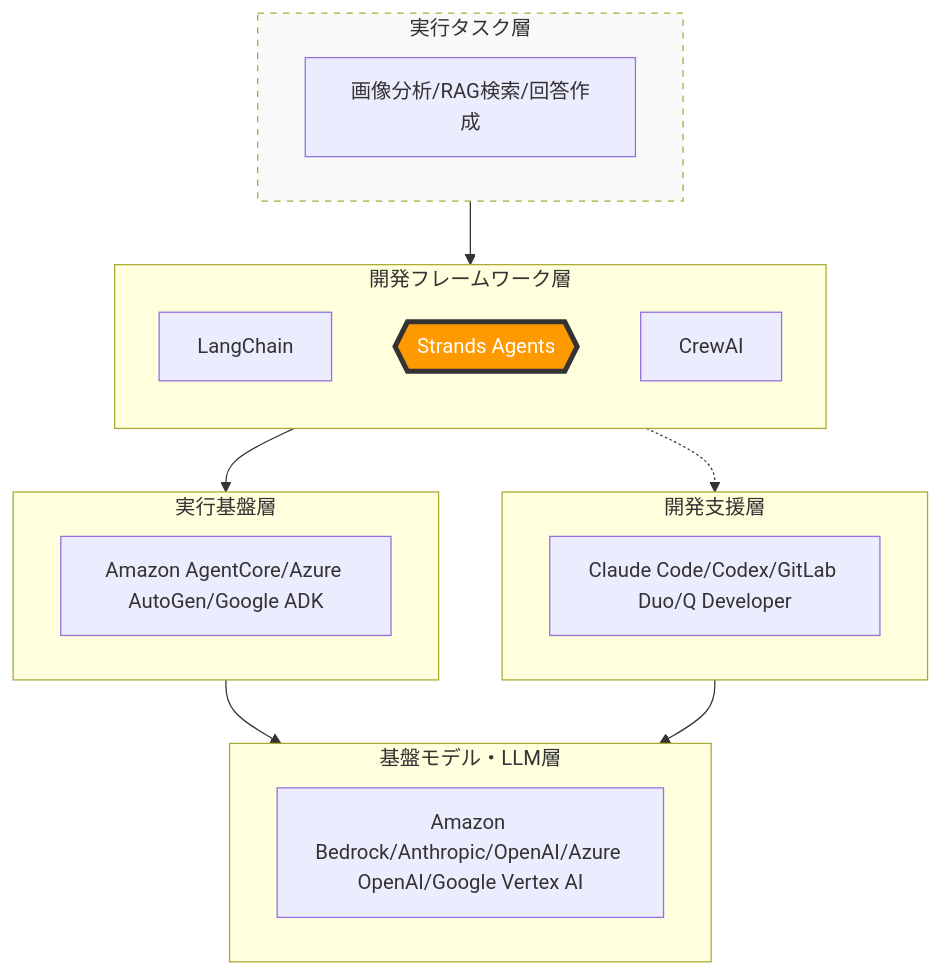
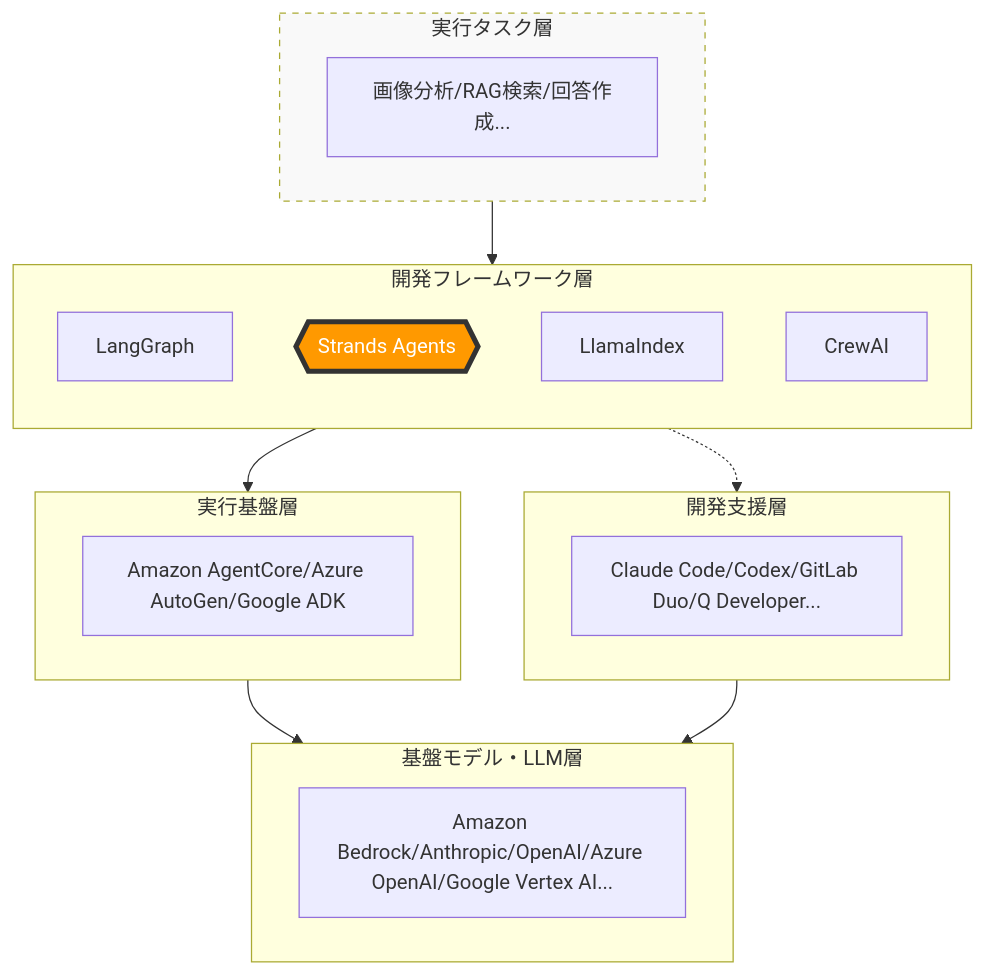
Before and after one commit to awk256/strandsagents: the first of 4 diagrams in 10.基本構成/10-00-000.Strandsエージェントとは.md, drawn with Mermaid. The commit also changed other lines of this file and 2 other files, not shown here.

````diff
--- a/10.基本構成/10-00-000.Strandsエージェントとは.md
+++ b/10.基本構成/10-00-000.Strandsエージェントとは.md
@@ -52,41 +52,42 @@
 ```mermaid
 graph TD
     %% 最上位：タスクとユーザー
     subgraph Execution_Layer [実行タスク層]
-        Task1[画像分析/RAG検索/回答作成]
+        Task1[画像分析/RAG検索/回答作成...]
     end
 
     %% 第二層：フレームワーク（オーケストレーション）
     subgraph Framework_Layer [開発フレームワーク層]
         direction TB
-        LangChain[LangChain]
+        LangGraph[LangGraph]
         Strands{{Strands Agents}}
+        LlamaIndex[LlamaIndex]
         CrewAI[CrewAI]
     end
 
     %% 第三層：開発支援・IDE・AIコーディング
     subgraph Dev_Tools [開発支援層]
-        devTools[Claude Code/Codex/GitLab Duo/Q Developer]
+        devTools[Claude Code/Codex/GitLab Duo/Q Developer...]
     end
 
     %% 第四層：プラットフォーム・SDK
     subgraph Platform_Layer [実行基盤層]
         platformLayer[Amazon AgentCore/Azure AutoGen/Google ADK]
     end
 
     %% 第五層：基盤モデルプロバイダー（脳）
     subgraph Model_Layer [基盤モデル・LLM層]
-		modelLayer[Amazon Bedrock/Anthropic/OpenAI/Azure OpenAI/Google Vertex AI]
+		modelLayer[Amazon Bedrock/Anthropic/OpenAI/Azure OpenAI/Google Vertex AI...]
     end
 
     %% 関連付け
     Execution_Layer --> Strands
     Strands -.-> Dev_Tools
     Strands --> Platform_Layer
     Platform_Layer --> Model_Layer
     Dev_Tools --> Model_Layer
 
     %% 強調スタイル
     style Strands fill:#FF9900,stroke:#333,stroke-width:4px,color:#fff
     style Execution_Layer fill:#f9f9f9,stroke-dasharray: 5 5
 ```
````
